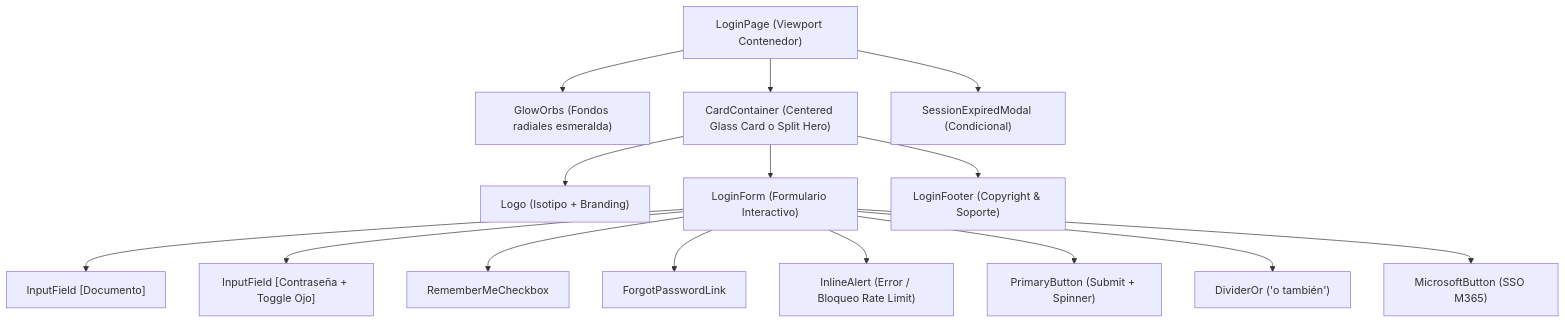
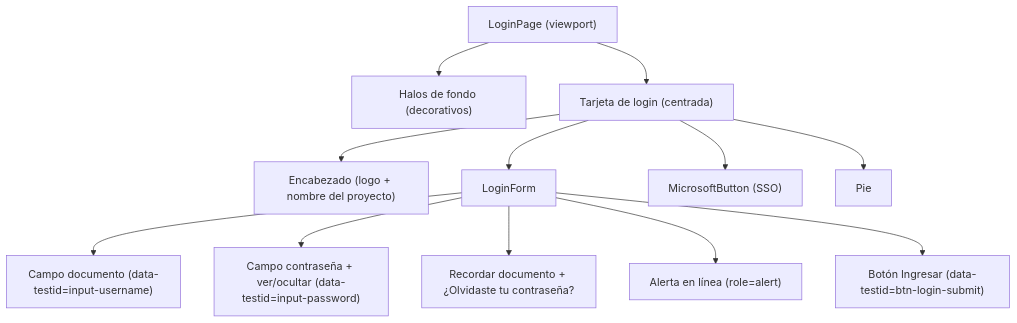
The diagram in greenfield/pages/login/11_componentes_de_la_pagina.md (jnmontoy/sdd), drawn with Mermaid before and after one commit. The commit also changed other lines of this file and 152 other files, not shown here.

````diff
--- a/greenfield/pages/login/11_componentes_de_la_pagina.md
+++ b/greenfield/pages/login/11_componentes_de_la_pagina.md
@@ -10,37 +10,19 @@
 ```mermaid
 graph TD
-    PAGE["LoginPage (Viewport Contenedor)"]
-    ORBS["GlowOrbs (Fondos radiales esmeralda)"]
-    CARD["CardContainer (Centered Glass Card o Split Hero)"]
-    MODAL["SessionExpiredModal (Condicional)"]
-    
+    PAGE["LoginPage (viewport)"]
+    ORBS["Halos de fondo (decorativos)"]
+    CARD["Tarjeta de login (centrada)"]
     PAGE --> ORBS
     PAGE --> CARD
-    PAGE --> MODAL
-    
-    LOGO["Logo (Isotipo + Branding)"]
-    FORM["LoginForm (Formulario Interactivo)"]
-    FOOTER["LoginFooter (Copyright & Soporte)"]
-    
-    CARD --> LOGO
-    CARD --> FORM
-    CARD --> FOOTER
-    
-    INP_DOC["InputField [Documento]"]
-    INP_PASS["InputField [Contraseña + Toggle Ojo]"]
-    REMEMBER["RememberMeCheckbox"]
-    FORGOT["ForgotPasswordLink"]
-    BTN_SUBMIT["PrimaryButton (Submit + Spinner)"]
-    DIVIDER["DividerOr ('o también')"]
-    BTN_MS["MicrosoftButton (SSO M365)"]
-    ALERT["InlineAlert (Error / Bloqueo Rate Limit)"]
-    
-    FORM --> INP_DOC
-    FORM --> INP_PASS
-    FORM --> REMEMBER
-    FORM --> FORGOT
-    FORM --> ALERT
-    FORM --> BTN_SUBMIT
-    FORM --> DIVIDER
-    FORM --> BTN_MS
+
+    CARD --> HEADER["Encabezado (logo + nombre del proyecto)"]
+    CARD --> FORM["LoginForm"]
+    CARD --> MS["MicrosoftButton (SSO)"]
+    CARD --> FOOTER["Pie"]
+
+    FORM --> DOC["Campo documento (data-testid=input-username)"]
+    FORM --> PASS["Campo contraseña + ver/ocultar (data-testid=input-password)"]
+    FORM --> OPTS["Recordar documento + ¿Olvidaste tu contraseña?"]
+    FORM --> ALERT["Alerta en línea (role=alert)"]
+    FORM --> SUBMIT["Botón Ingresar (data-testid=btn-login-submit)"]
 ```
````
